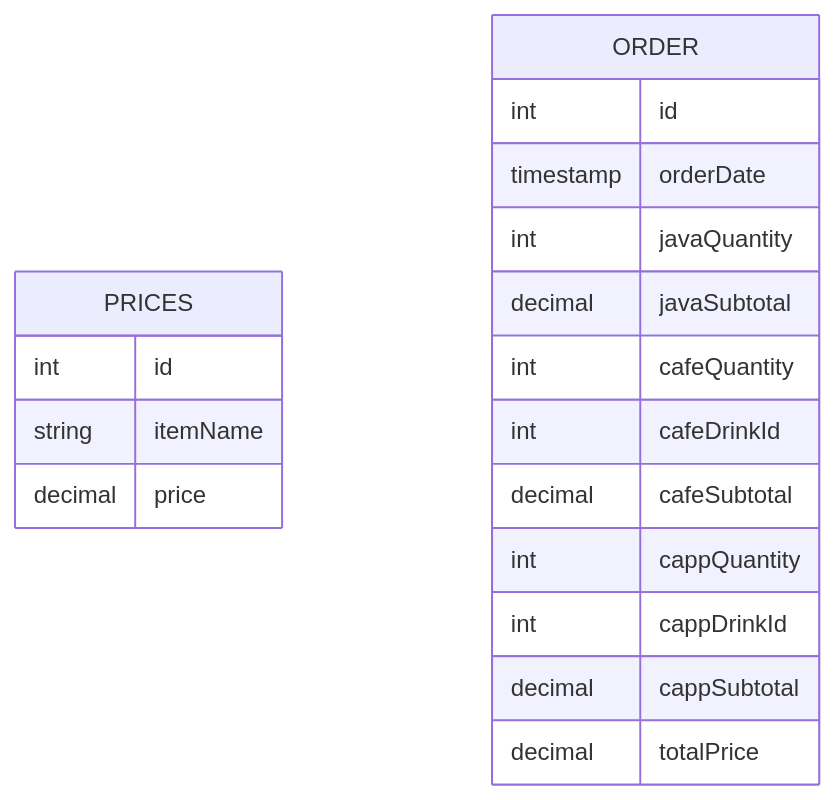
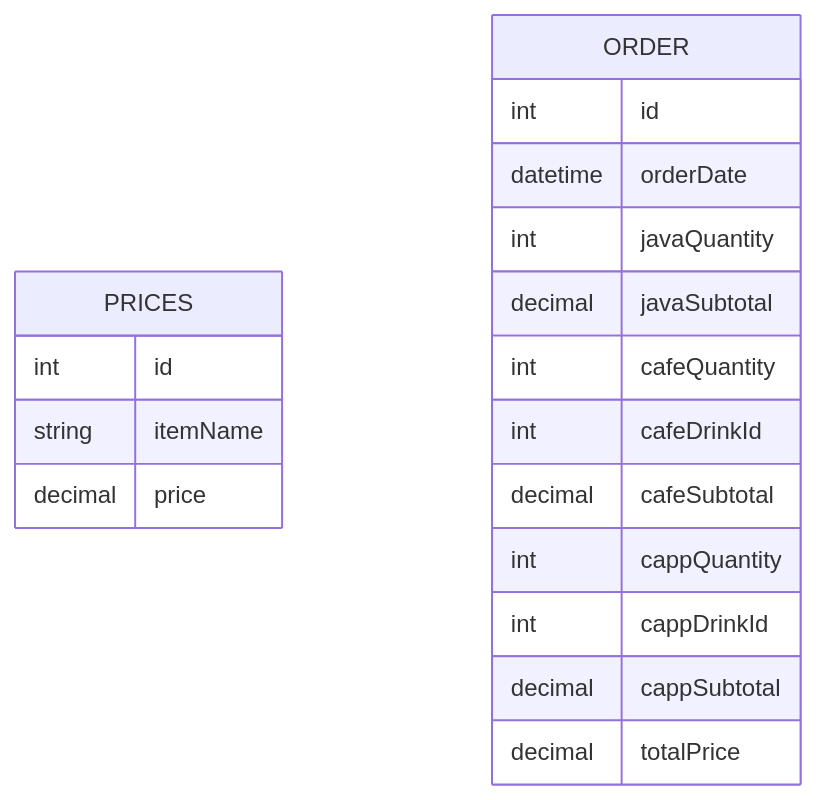
One commit to garrysjh/ie4727 changed the diagram in Wk8/CaseStudy_05/er.mmd. Above: the diagram before and after it, drawn with Mermaid.

Commit message:
changed ER diagram

```diff
--- a/Wk8/CaseStudy_05/er.mmd
+++ b/Wk8/CaseStudy_05/er.mmd
@@ -1,20 +1,20 @@
 erDiagram
     PRICES {
         int id
         string itemName
         decimal price
     }
     
     ORDER {
         int id
-        timestamp orderDate
+        datetime orderDate
         int javaQuantity
         decimal javaSubtotal
         int cafeQuantity
         int cafeDrinkId
         decimal cafeSubtotal
         int cappQuantity
         int cappDrinkId
         decimal cappSubtotal
         decimal totalPrice
     }
```
